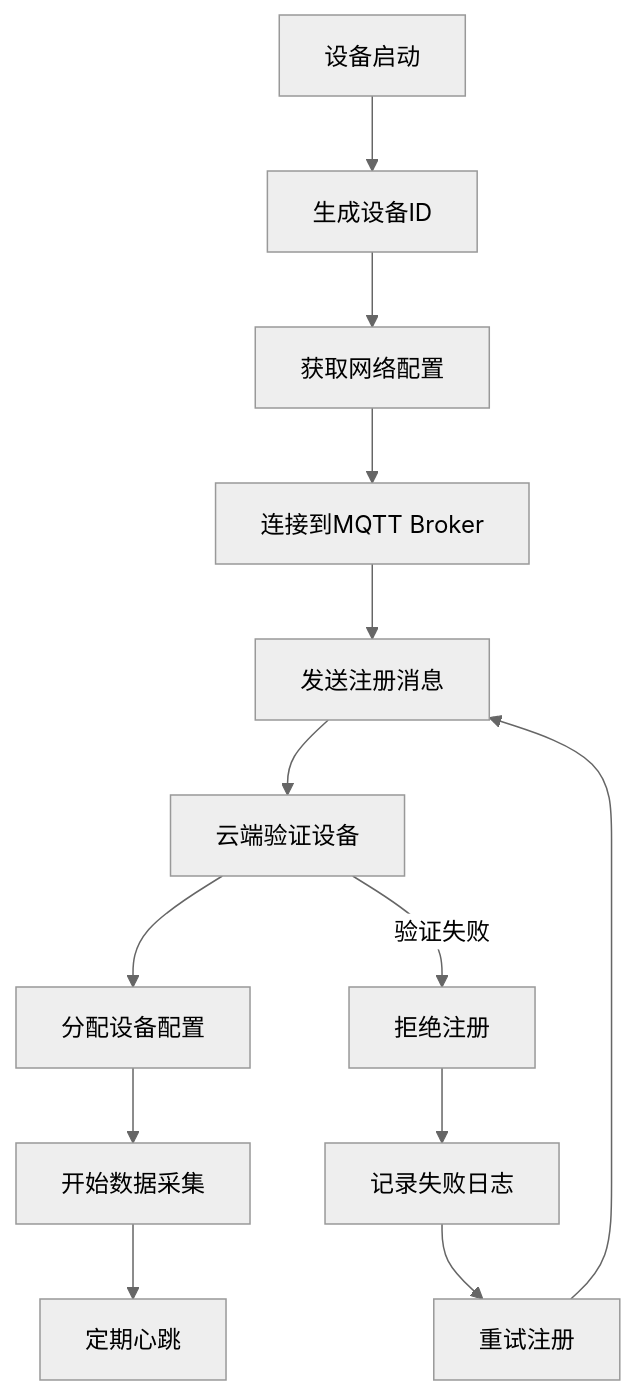
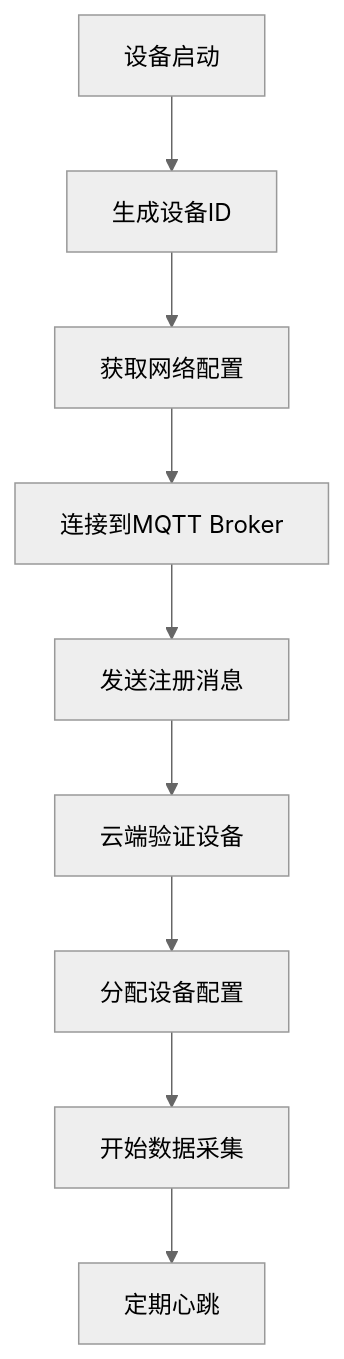
One commit to martin-ly/rust-lang changed the first of 3 diagrams in docs/industry_domains/iot/business_modeling.md. Above: the diagram before and after it, drawn with Mermaid (neutral theme). The commit also changed other lines of this file and 2 other files, not shown here.

````diff
--- a/docs/industry_domains/iot/business_modeling.md
+++ b/docs/industry_domains/iot/business_modeling.md
@@ -670,16 +539,11 @@
 ```mermaid
 graph TD
     A[设备启动] --> B[生成设备ID]
     B --> C[获取网络配置]
     C --> D[连接到MQTT Broker]
     D --> E[发送注册消息]
     E --> F[云端验证设备]
     F --> G[分配设备配置]
     G --> H[开始数据采集]
     H --> I[定期心跳]
-    
-    F -->|验证失败| J[拒绝注册]
-    J --> K[记录失败日志]
-    K --> L[重试注册]
-    L --> E
 ```
````
